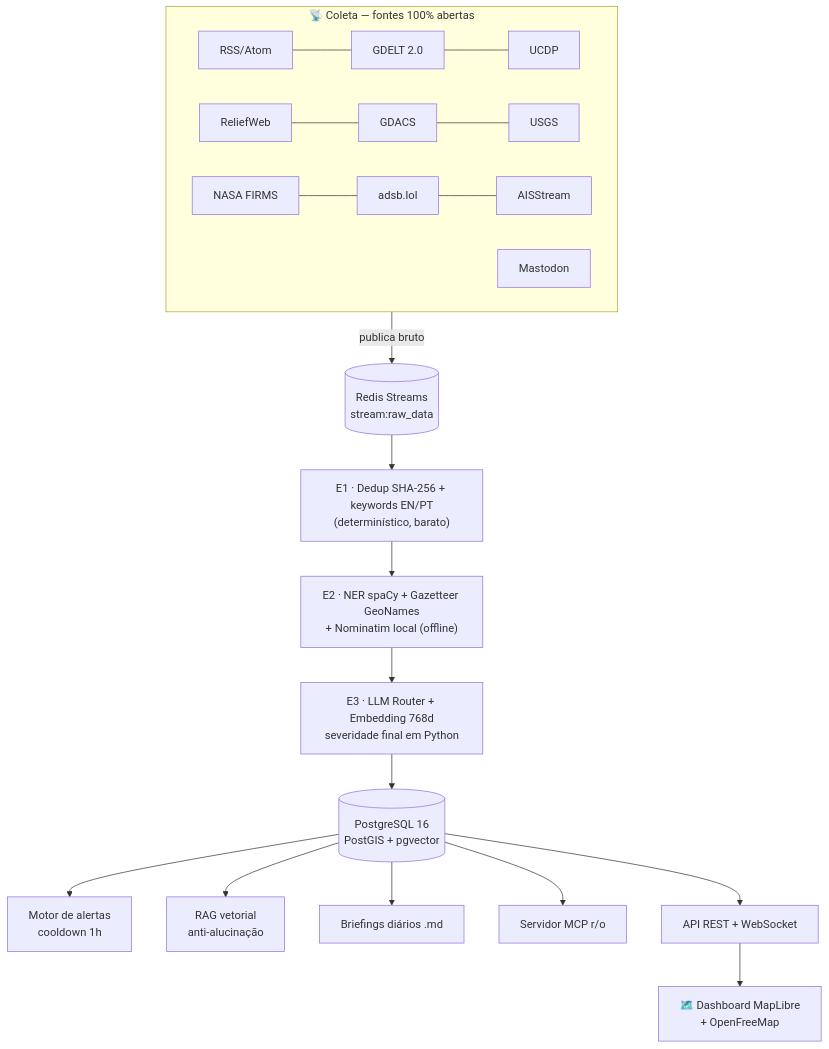
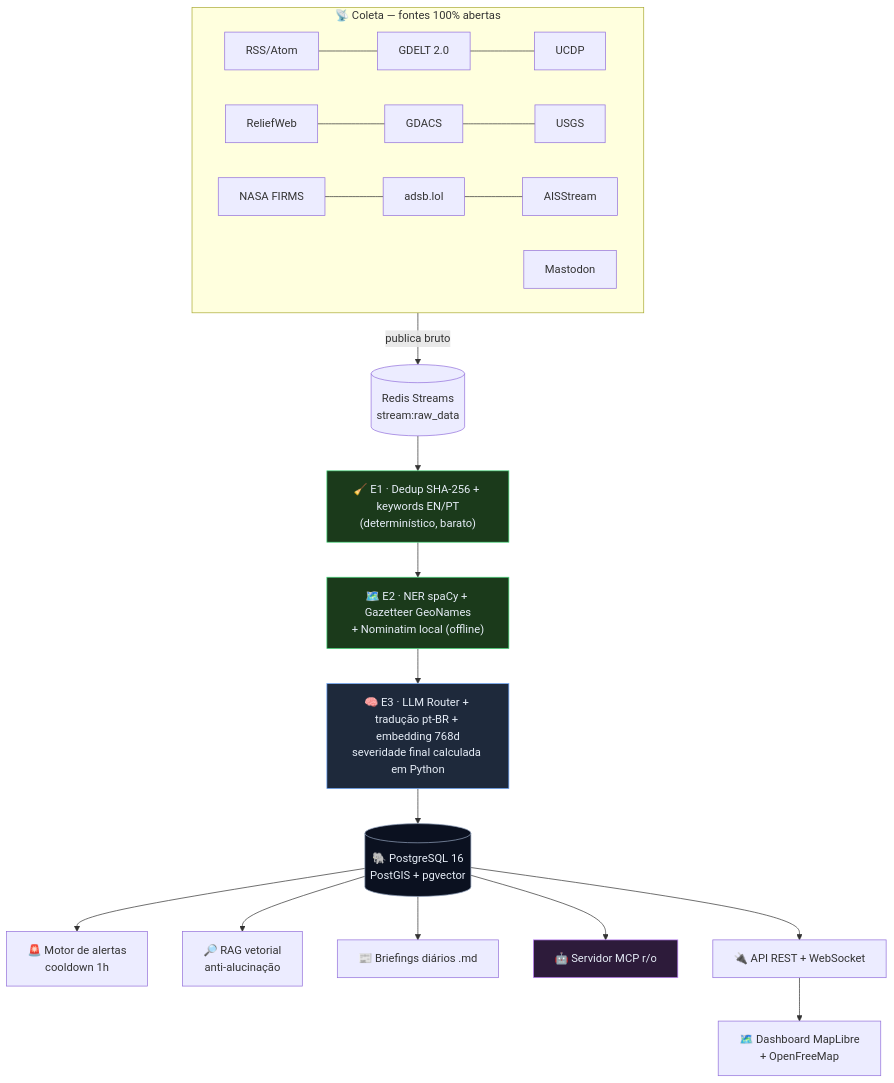
The diagram in argus/README.md (marciobisognin/GeniusAI), drawn with Mermaid before and after one commit. The commit also changed other lines of this file, not shown here.

First line of the commit message:
ARGUS: README redesenhado — visual, didático e com guia de uso via MCP (#47)

````diff
--- a/argus/README.md
+++ b/argus/README.md
@@ -15,20 +56,26 @@
 ```mermaid
 flowchart TB
     subgraph COLETA["📡 Coleta — fontes 100% abertas"]
         RSS[RSS/Atom] --- GDELT[GDELT 2.0] --- UCDP[UCDP]
         RW[ReliefWeb] --- GDACS[GDACS] --- USGS[USGS]
         FIRMS[NASA FIRMS] --- ADSB[adsb.lol] --- AIS[AISStream]
         MAST[Mastodon]
     end
     COLETA -->|publica bruto| RAW[(Redis Streams<br/>stream:raw_data)]
-    RAW --> E1["E1 · Dedup SHA-256 + keywords EN/PT<br/>(determinístico, barato)"]
-    E1 --> E2["E2 · NER spaCy + Gazetteer GeoNames<br/>+ Nominatim local (offline)"]
-    E2 --> E3["E3 · LLM Router + Embedding 768d<br/>severidade final em Python"]
-    E3 --> PG[(PostgreSQL 16<br/>PostGIS + pgvector)]
-    PG --> ALERTS[Motor de alertas<br/>cooldown 1h]
-    PG --> RAG[RAG vetorial<br/>anti-alucinação]
-    PG --> BRIEF[Briefings diários .md]
-    PG --> MCP[Servidor MCP r/o]
-    PG --> API[API REST + WebSocket]
+    RAW --> E1["🧹 E1 · Dedup SHA-256 + keywords EN/PT<br/>(determinístico, barato)"]
+    E1 --> E2["🗺️ E2 · NER spaCy + Gazetteer GeoNames<br/>+ Nominatim local (offline)"]
+    E2 --> E3["🧠 E3 · LLM Router + tradução pt-BR + embedding 768d<br/>severidade final calculada em Python"]
+    E3 --> PG[(🐘 PostgreSQL 16<br/>PostGIS + pgvector)]
+    PG --> ALERTS[🚨 Motor de alertas<br/>cooldown 1h]
+    PG --> RAG[🔎 RAG vetorial<br/>anti-alucinação]
+    PG --> BRIEF[📰 Briefings diários .md]
+    PG --> MCP[🤖 Servidor MCP r/o]
+    PG --> API[🔌 API REST + WebSocket]
     API --> DASH[🗺️ Dashboard MapLibre<br/>+ OpenFreeMap]
+
+    style E1 fill:#1b3a1b,stroke:#4ade80,color:#e6edf7
+    style E2 fill:#1b3a1b,stroke:#4ade80,color:#e6edf7
+    style E3 fill:#1e293b,stroke:#6ea8fe,color:#e6edf7
+    style PG fill:#0b1120,stroke:#93a3bc,color:#e6edf7
+    style MCP fill:#2d1b3a,stroke:#c084fc,color:#e6edf7
 ```
````
